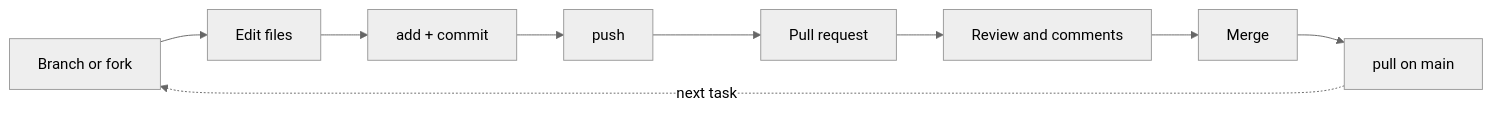
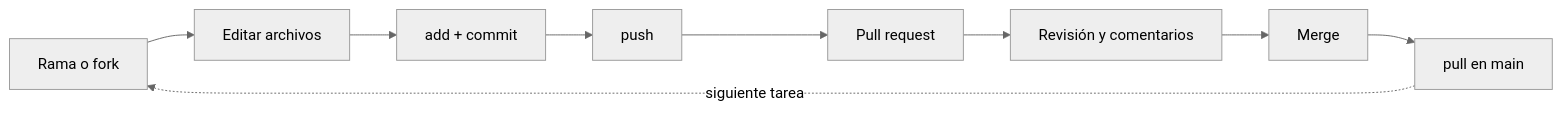
Before and after one commit to jparisu/nim-arena: the diagram in docs/guide/github/workflow.md, drawn with Mermaid (neutral theme). The commit also changed other lines of this file and 159 other files, not shown here.

````diff
--- a/docs/guide/github/workflow.md
+++ b/docs/guide/github/workflow.md
@@ -8,11 +8,11 @@
 ```mermaid
 flowchart LR
-    A[Branch or fork] --> B[Edit files]
+    A[Rama o fork] --> B[Editar archivos]
     B --> C[add + commit]
     C --> D[push]
     D --> E[Pull request]
-    E --> F[Review and comments]
+    E --> F[Revisión y comentarios]
     F --> G[Merge]
-    G --> H[pull on main]
-    H -.->|next task| A
+    G --> H[pull en main]
+    H -.->|siguiente tarea| A
 ```
````
